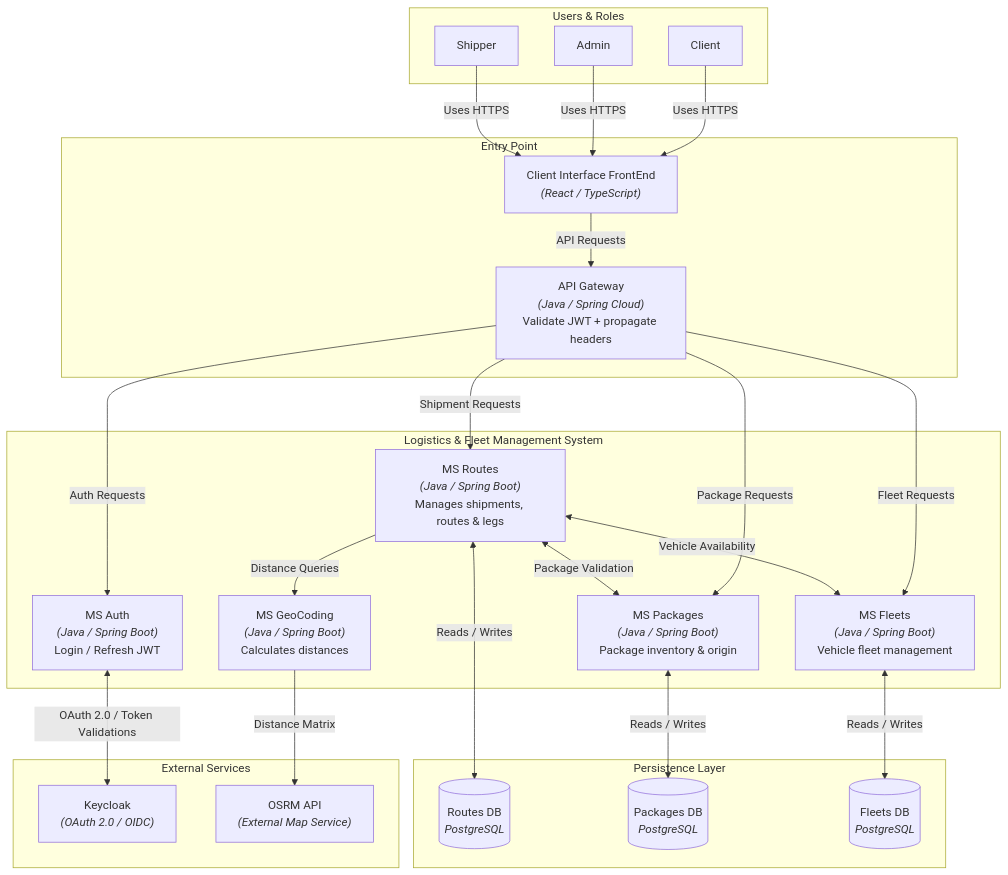
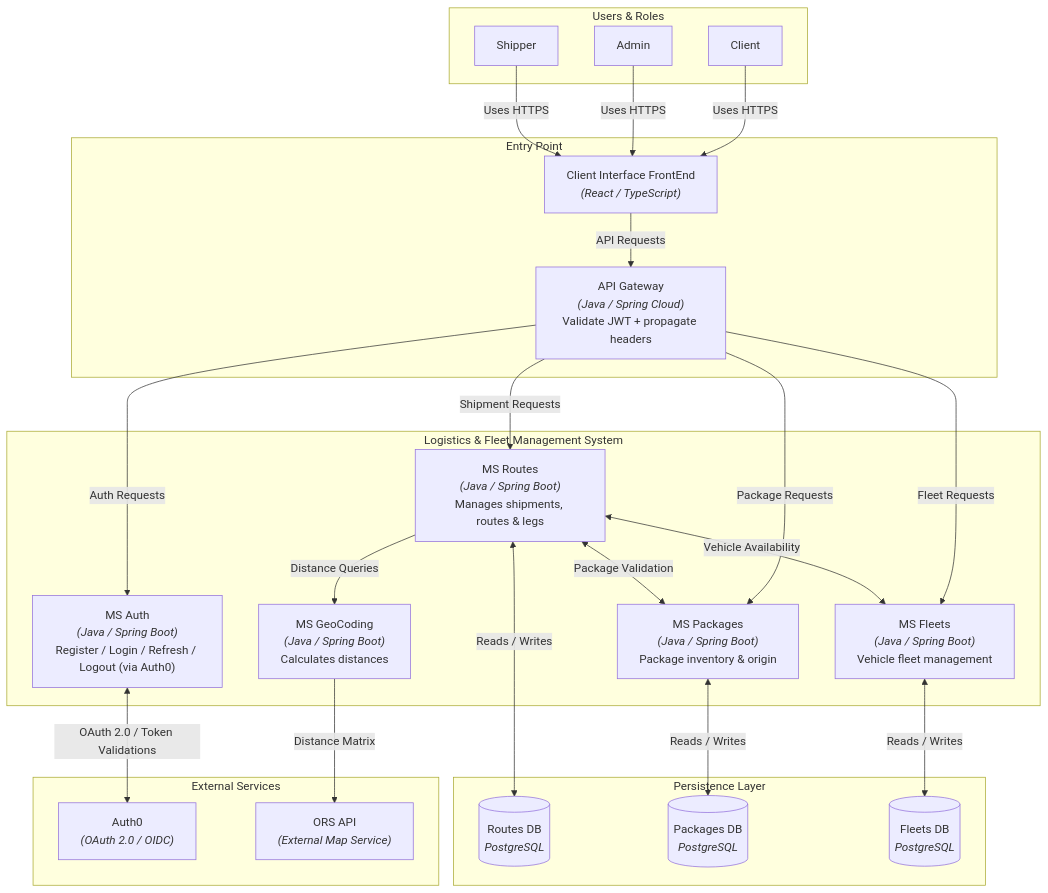
Before and after one commit to LucasCallamullo/fleet-optimizer: the first of 4 diagrams in README.md, drawn with Mermaid. The commit also changed other lines of this file and 3 other files, not shown here.

````diff
--- a/README.md
+++ b/README.md
@@ -83,58 +145,58 @@
 ```mermaid
 flowchart TD
     %% Users
     subgraph Users ["Users & Roles"]
         Client["Client"]
         Admin["Admin"]
         Shipper["Shipper"]
     end
 
     %% Frontend & Gateway
     subgraph Entry ["Entry Point"]
         Frontend["Client Interface FrontEnd<br/><i>(React / TypeScript)</i>"]
         Gateway["API Gateway<br/><i>(Java / Spring Cloud)</i><br/>Validate JWT + propagate headers"]
     end
 
     %% Core System
     subgraph System ["Logistics & Fleet Management System"]
-        MS_Auth["MS Auth<br/><i>(Java / Spring Boot)</i><br/>Login / Refresh JWT"]
+        MS_Auth["MS Auth<br/><i>(Java / Spring Boot)</i><br/>Register / Login / Refresh / Logout (via Auth0)"]
         MS_Routes["MS Routes<br/><i>(Java / Spring Boot)</i><br/>Manages shipments, routes & legs"]
         MS_Geo["MS GeoCoding<br/><i>(Java / Spring Boot)</i><br/>Calculates distances"]
         MS_Packages["MS Packages<br/><i>(Java / Spring Boot)</i><br/>Package inventory & origin"]
         MS_Fleets["MS Fleets<br/><i>(Java / Spring Boot)</i><br/>Vehicle fleet management"]
     end
 
     %% External Services
     subgraph External ["External Services"]
-        Keycloak["Keycloak<br/><i>(OAuth 2.0 / OIDC)</i>"]
-        OSRM["OSRM API<br/><i>(External Map Service)</i>"]
+        Auth0["Auth0<br/><i>(OAuth 2.0 / OIDC)</i>"]
+        ORS["ORS API<br/><i>(External Map Service)</i>"]
     end
 
     %% Databases
     subgraph Databases ["Persistence Layer"]
         DB_Routes[("Routes DB<br/><i>PostgreSQL</i>")]
         DB_Packages[("Packages DB<br/><i>PostgreSQL</i>")]
         DB_Fleets[("Fleets DB<br/><i>PostgreSQL</i>")]
     end
 
     %% Flow Relationships
     Client & Admin & Shipper -->|Uses HTTPS| Frontend
     Frontend -->|API Requests| Gateway
 
     Gateway -->|Auth Requests| MS_Auth
     Gateway -->|Shipment Requests| MS_Routes
     Gateway -->|Package Requests| MS_Packages
     Gateway -->|Fleet Requests| MS_Fleets
 
-    MS_Auth <-->|OAuth 2.0 / Token Validations| Keycloak
+    MS_Auth <-->|OAuth 2.0 / Token Validations| Auth0
 
     MS_Routes -->|Distance Queries| MS_Geo
     MS_Routes <-->|Package Validation| MS_Packages
     MS_Routes <-->|Vehicle Availability| MS_Fleets
 
-    MS_Geo -->|Distance Matrix| OSRM
+    MS_Geo -->|Distance Matrix| ORS
 
     MS_Routes <-->|Reads / Writes| DB_Routes
     MS_Packages <-->|Reads / Writes| DB_Packages
     MS_Fleets <-->|Reads / Writes| DB_Fleets
 ```
````
